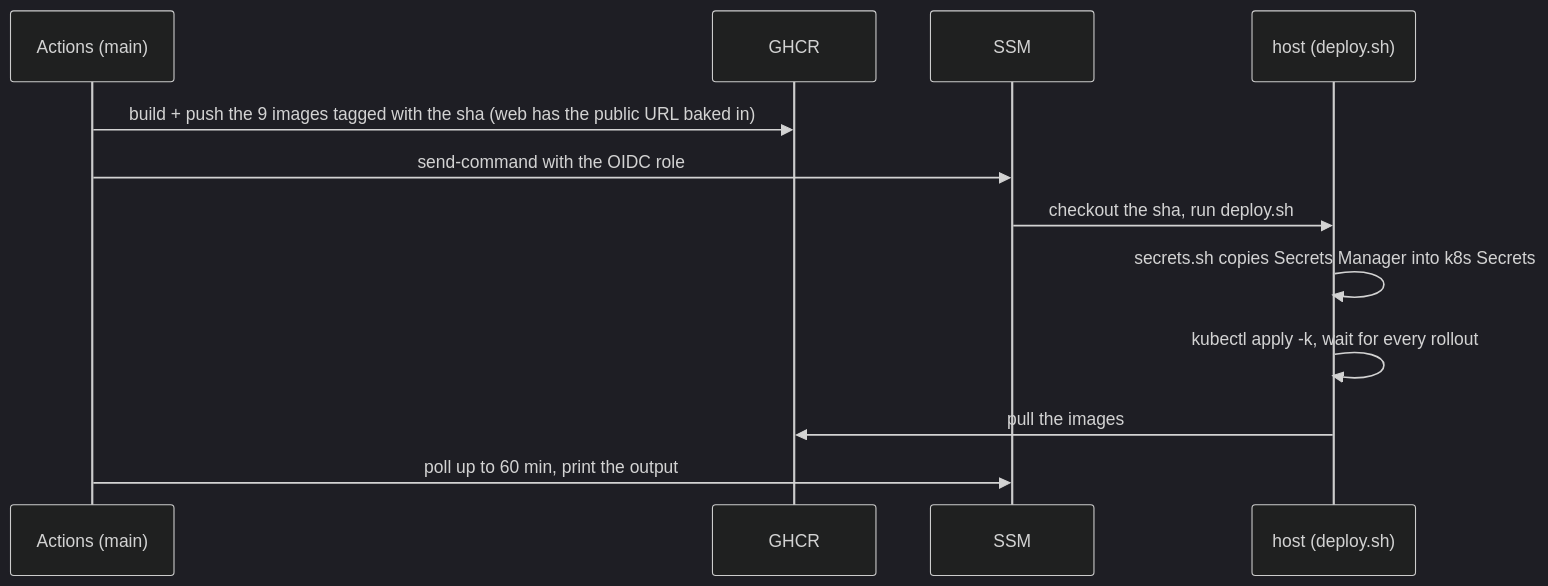
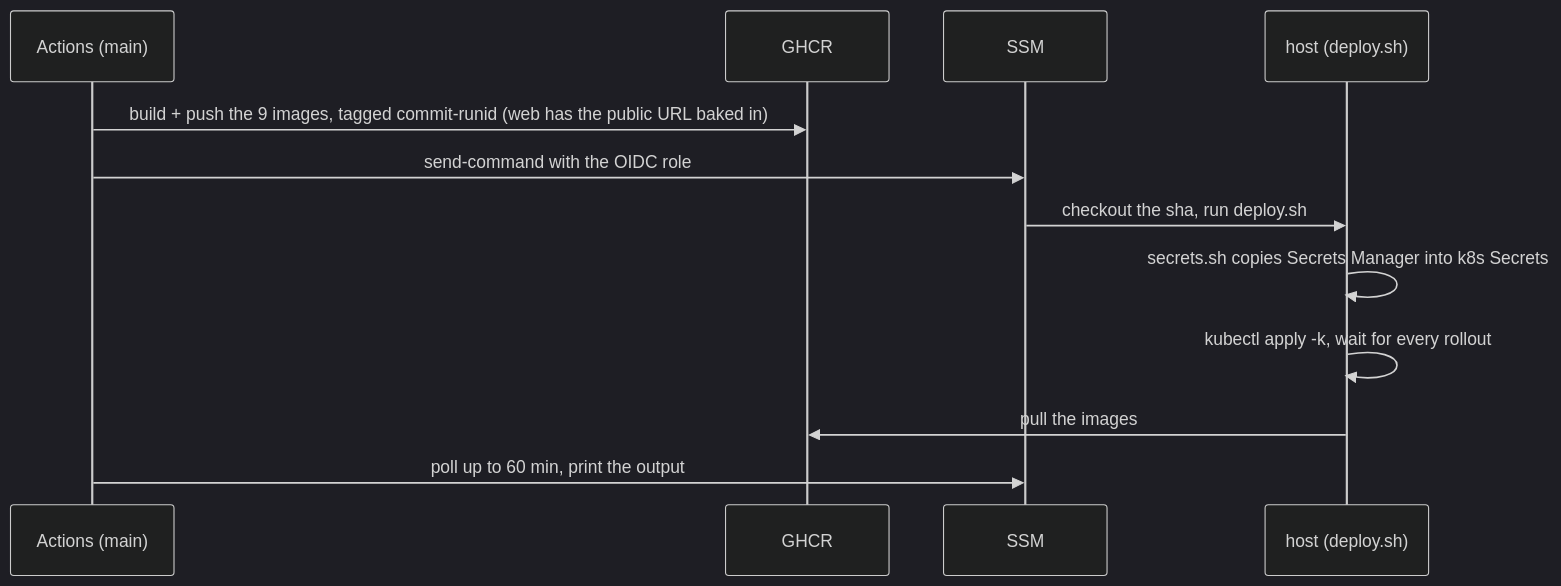
Before and after one commit to AY2627S1-CS3219-P23/foc: the second of 2 diagrams in infra/README.md, drawn with Mermaid (dark theme). The commit also changed other lines of this file and 17 other files, not shown here.

````diff
--- a/infra/README.md
+++ b/infra/README.md
@@ -78,14 +78,14 @@
 ```mermaid
 sequenceDiagram
   participant A as Actions (main)
   participant G as GHCR
   participant S as SSM
   participant H as host (deploy.sh)
-  A->>G: build + push the 9 images tagged with the sha (web has the public URL baked in)
+  A->>G: build + push the 9 images, tagged commit-runid (web has the public URL baked in)
   A->>S: send-command with the OIDC role
   S->>H: checkout the sha, run deploy.sh
   H->>H: secrets.sh copies Secrets Manager into k8s Secrets
   H->>H: kubectl apply -k, wait for every rollout
   H->>G: pull the images
   A->>S: poll up to 60 min, print the output
 ```
````
